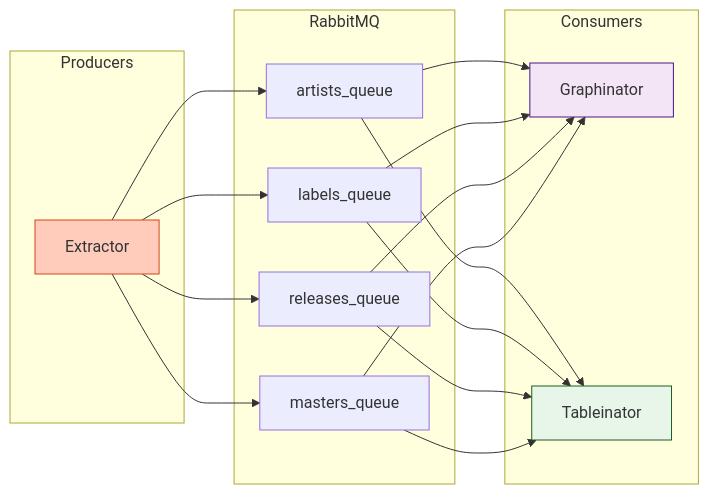
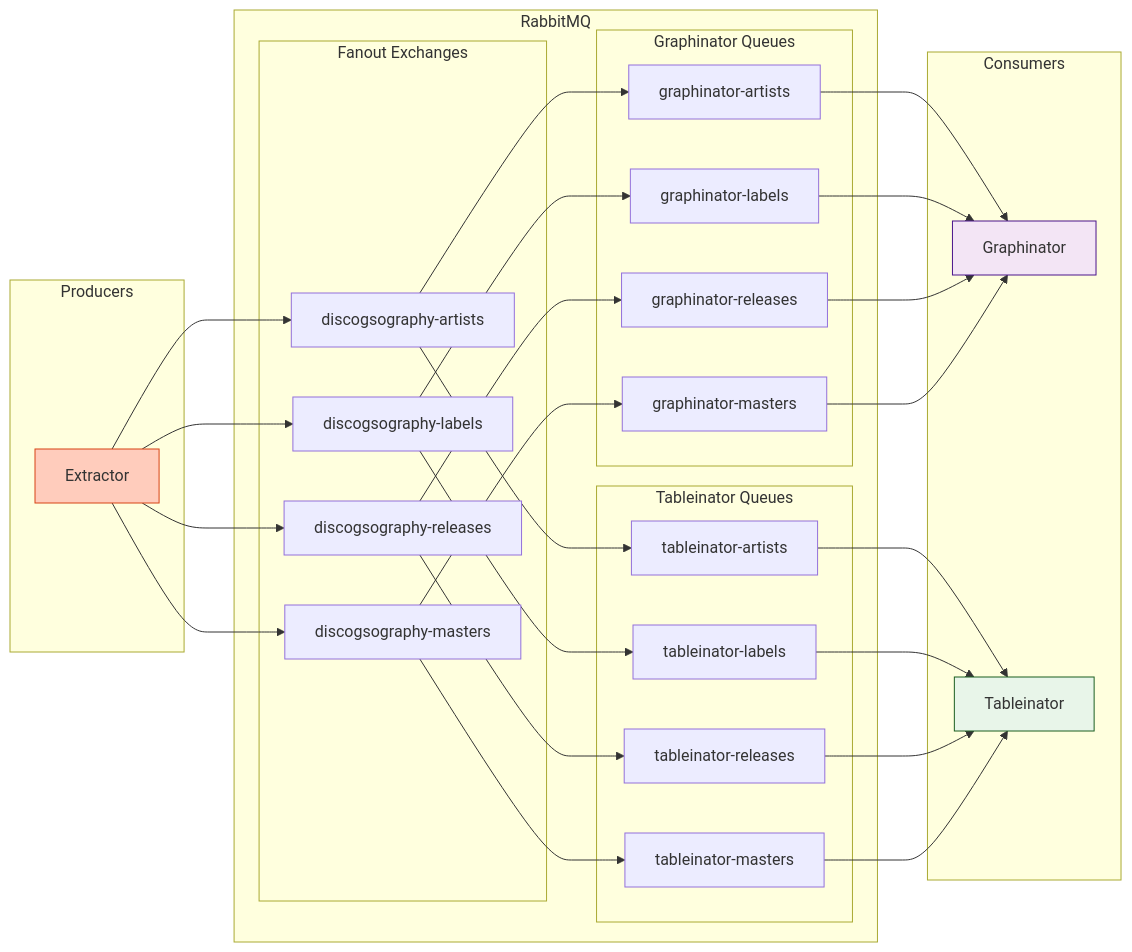
Before and after one commit to groovemap-music/deployment: the second of 2 diagrams in docs/architecture.md, drawn with Mermaid. The commit also changed other lines of this file and 11 other files, not shown here.

````diff
--- a/docs/architecture.md
+++ b/docs/architecture.md
@@ -354,36 +354,62 @@
 ```mermaid
 graph LR
     subgraph Producers
         EXT[Extractor]
     end
 
     subgraph RabbitMQ
-        AQ[artists_queue]
-        LQ[labels_queue]
-        RQ[releases_queue]
-        MQ[masters_queue]
+        subgraph Fanout Exchanges
+            AX[discogsography-artists]
+            LX[discogsography-labels]
+            RX[discogsography-releases]
+            MX[discogsography-masters]
+        end
+
+        subgraph Graphinator Queues
+            GAQ[graphinator-artists]
+            GLQ[graphinator-labels]
+            GRQ[graphinator-releases]
+            GMQ[graphinator-masters]
+        end
+
+        subgraph Tableinator Queues
+            TAQ[tableinator-artists]
+            TLQ[tableinator-labels]
+            TRQ[tableinator-releases]
+            TMQ[tableinator-masters]
+        end
     end
 
     subgraph Consumers
         GRAPH[Graphinator]
         TABLE[Tableinator]
     end
 
-    EXT --> AQ
-    EXT --> LQ
-    EXT --> RQ
-    EXT --> MQ
+    EXT --> AX
+    EXT --> LX
+    EXT --> RX
+    EXT --> MX
 
-    AQ --> GRAPH
-    AQ --> TABLE
-    LQ --> GRAPH
-    LQ --> TABLE
-    RQ --> GRAPH
-    RQ --> TABLE
-    MQ --> GRAPH
-    MQ --> TABLE
+    AX --> GAQ
+    AX --> TAQ
+    LX --> GLQ
+    LX --> TLQ
+    RX --> GRQ
+    RX --> TRQ
+    MX --> GMQ
+    MX --> TMQ
+
+    GAQ --> GRAPH
+    GLQ --> GRAPH
+    GRQ --> GRAPH
+    GMQ --> GRAPH
+
+    TAQ --> TABLE
+    TLQ --> TABLE
+    TRQ --> TABLE
+    TMQ --> TABLE
 
     style EXT fill:#ffccbc,stroke:#d84315
     style GRAPH fill:#f3e5f5,stroke:#4a148c
     style TABLE fill:#e8f5e9,stroke:#1b5e20
 ```
````
